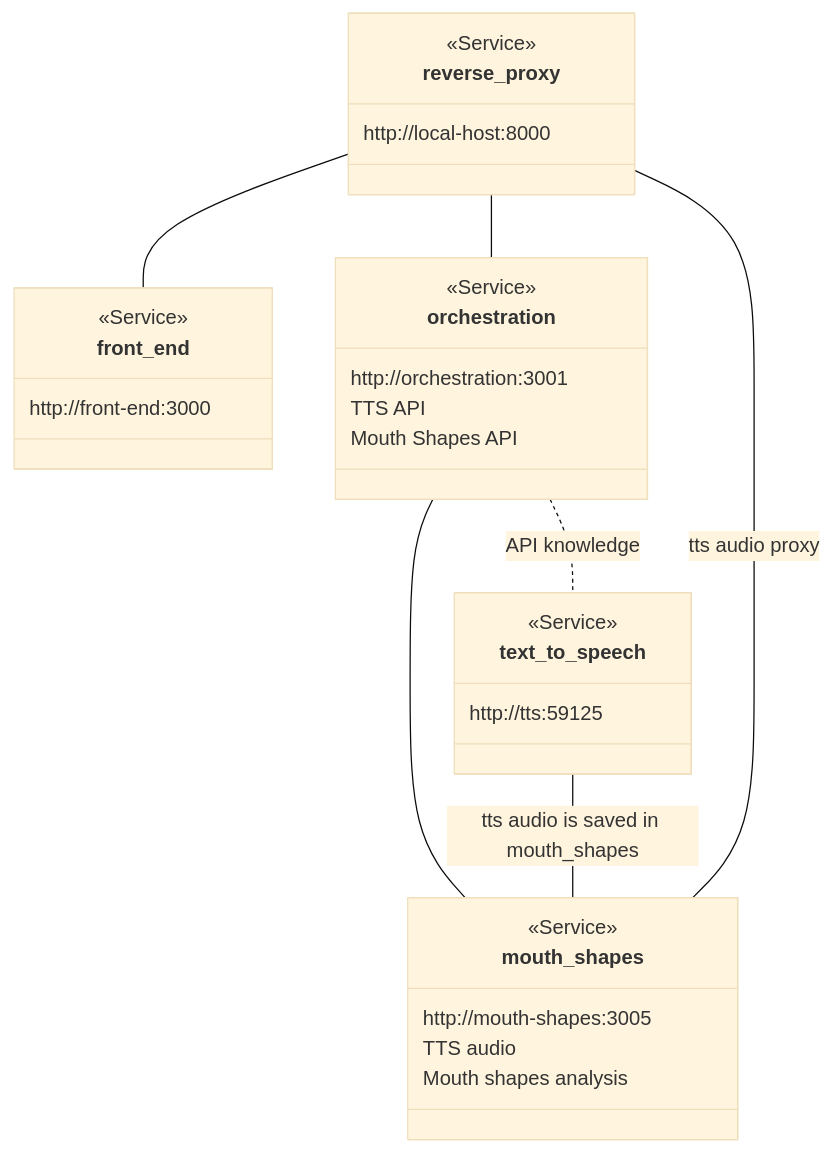
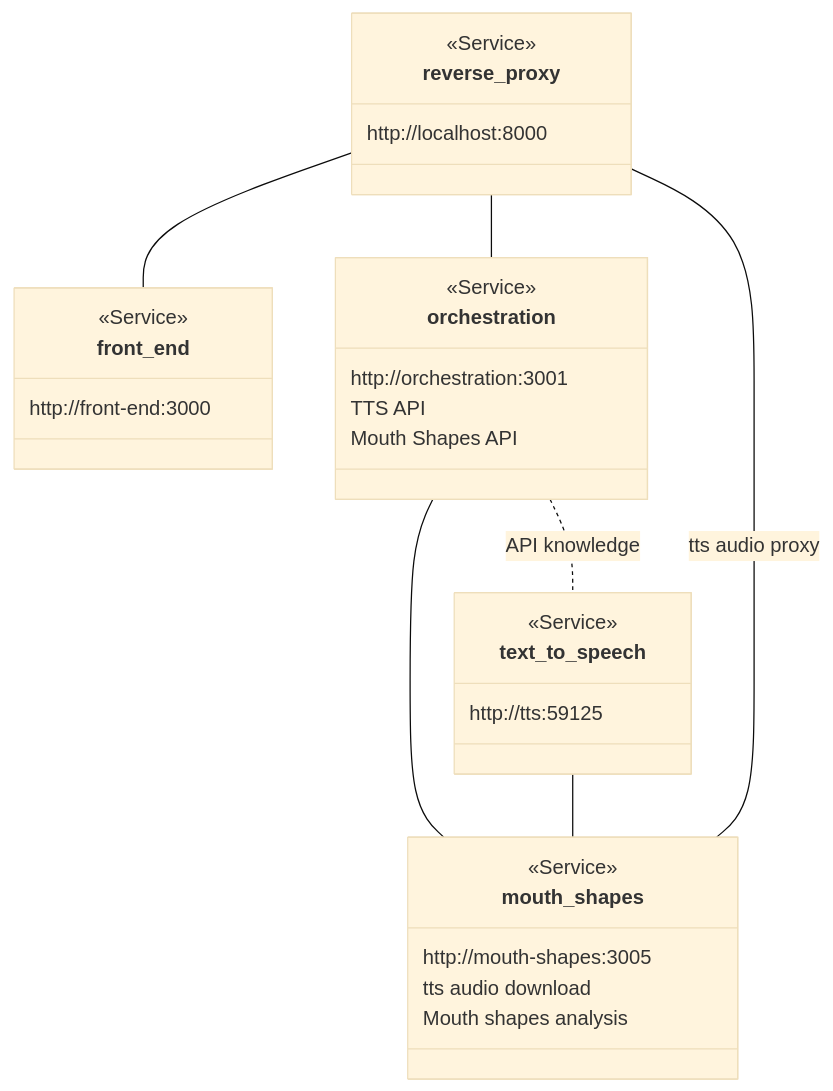
One commit to nzcodarnoc/korerorero-reverse-proxy changed the diagram in docs/services.mmd. Above: the diagram before and after it, drawn with Mermaid (base theme). The commit also changed 1 other file, not shown here.

```diff
--- a/docs/services.mmd
+++ b/docs/services.mmd
@@ -1,31 +1,31 @@
 classDiagram
     class reverse_proxy {
         <<Service>> 
-        http://local-host:8000
+        http://localhost:8000
     }
     class front_end {
         <<Service>>
         http://front-end:3000 
     }
     class orchestration {
         <<Service>>
         http://orchestration:3001
         TTS API
         Mouth Shapes API
     }
     class mouth_shapes {
         <<Service>>
         http://mouth-shapes:3005
-        TTS audio
+        tts audio download
         Mouth shapes analysis
     }
     class text_to_speech {
         <<Service>>
         http://tts:59125
     }
     reverse_proxy -- front_end
     reverse_proxy -- orchestration
     orchestration -- mouth_shapes
     orchestration .. text_to_speech: API knowledge
-    text_to_speech -- mouth_shapes: tts audio is saved in mouth_shapes
+    text_to_speech -- mouth_shapes
     mouth_shapes -- reverse_proxy: tts audio proxy
```
